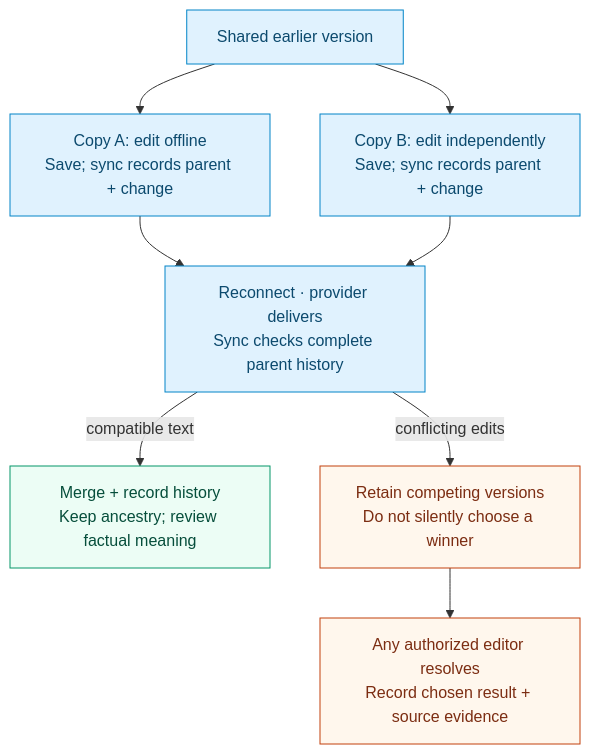
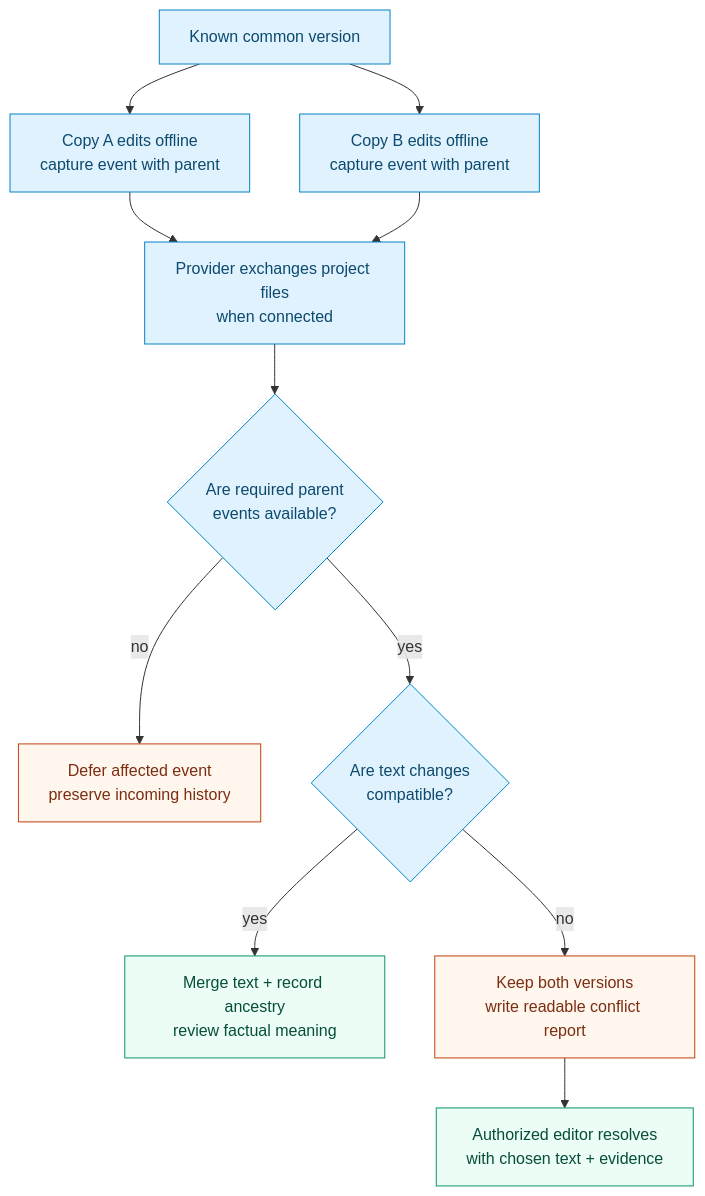
The fourth of 5 diagrams in docs/DIAGRAMS.md (Kian-hdr/isolinear-memory), drawn with Mermaid before and after one commit. The commit also changed other lines of this file and 12 other files, not shown here.

First line of the commit message:
Refresh Isolinear Memory README and system diagrams

````diff
--- a/docs/DIAGRAMS.md
+++ b/docs/DIAGRAMS.md
@@ -104,18 +177,21 @@
 ```mermaid
 flowchart TB
-  accTitle: Offline branches retain their causal history
-  accDescr: Two edits descend from a common version. On reconnect, complete history supports a compatible merge or a retained conflict. Any authorized editor can resolve with evidence. A clean text merge does not establish factual truth.
-  B["Shared earlier version"] --> A["Copy A: edit offline<br/>Save; sync records parent + change"]
-  B --> C["Copy B: edit independently<br/>Save; sync records parent + change"]
-  A --> J["Reconnect · provider delivers<br/>Sync checks complete parent history"]
-  C --> J
-  J -->|"compatible text"| M["Merge + record history<br/>Keep ancestry; review factual meaning"]
-  J -->|"conflicting edits"| K["Retain competing versions<br/>Do not silently choose a winner"]
-  K --> R["Any authorized editor resolves<br/>Record chosen result + source evidence"]
+  accTitle: Offline edits keep ancestry and visible conflicts
+  accDescr: Two offline copies can edit from the same base. Complete parent events permit compatible text to merge. Missing parents defer reconciliation, while overlapping edits keep both versions for evidence-backed resolution. No timestamp selects a winner.
+  B["Known common version"] --> A["Copy A edits offline<br/>capture event with parent"]
+  B --> C["Copy B edits offline<br/>capture event with parent"]
+  A --> P["Provider exchanges project files<br/>when connected"]
+  C --> P
+  P --> H{"Are required parent<br/>events available?"}
+  H -->|"no"| D["Defer affected event<br/>preserve incoming history"]
+  H -->|"yes"| T{"Are text changes<br/>compatible?"}
+  T -->|"yes"| M["Merge text + record ancestry<br/>review factual meaning"]
+  T -->|"no"| K["Keep both versions<br/>write readable conflict report"]
+  K --> R["Authorized editor resolves<br/>with chosen text + evidence"]
   classDef state fill:#e0f2fe,stroke:#0284c7,color:#0c4a6e;
   classDef merge fill:#ecfdf5,stroke:#059669,color:#064e3b;
-  classDef conflict fill:#fff7ed,stroke:#c2410c,color:#7c2d12;
-  class B,A,C,J state;
-  class M merge;
-  class K,R conflict;
+  classDef caution fill:#fff7ed,stroke:#c2410c,color:#7c2d12;
+  class B,A,C,P,H,T state;
+  class M,R merge;
+  class D,K caution;
 ```
````
